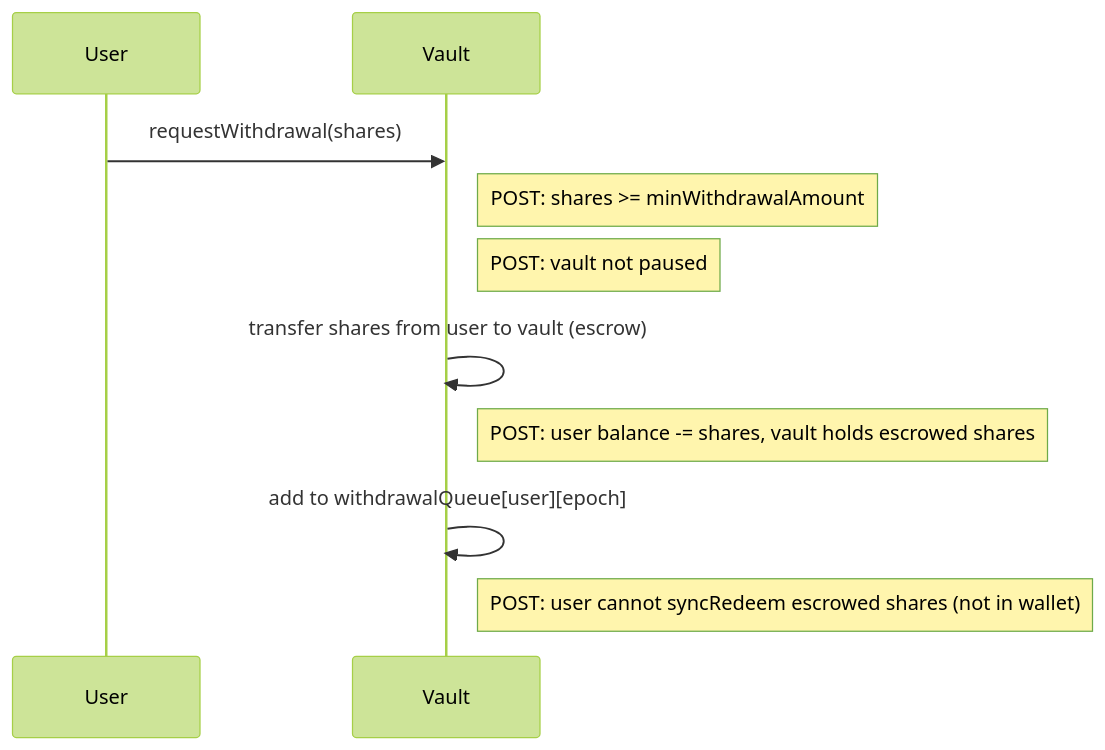
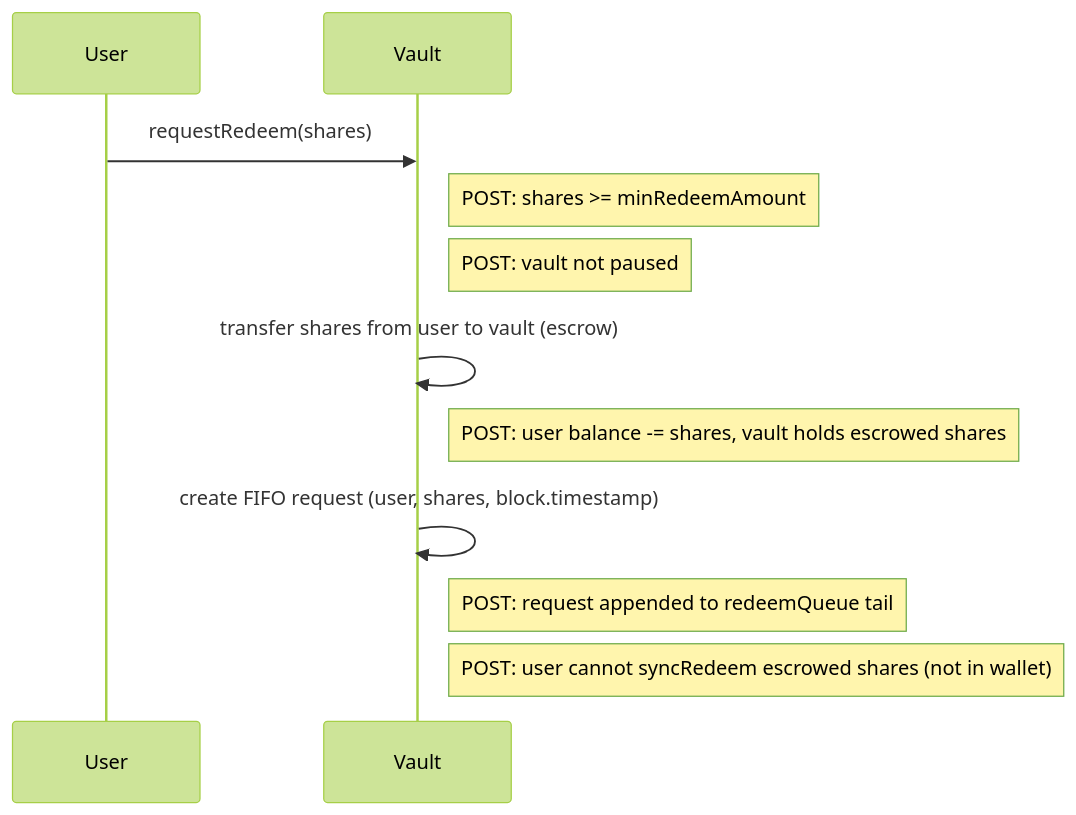
One commit to evgenynacu/leverage-vaults changed the fourth of 17 diagrams in docs/architecture/call-diagrams.md. Above: the diagram before and after it, drawn with Mermaid (forest theme). The commit also changed other lines of this file and 10 other files, not shown here.

````diff
--- a/docs/architecture/call-diagrams.md
+++ b/docs/architecture/call-diagrams.md
@@ -62,10 +65,11 @@
 ```mermaid
 sequenceDiagram
-    User->>Vault: requestWithdrawal(shares)
-    note right of Vault: POST: shares >= minWithdrawalAmount
+    User->>Vault: requestRedeem(shares)
+    note right of Vault: POST: shares >= minRedeemAmount
     note right of Vault: POST: vault not paused
     Vault->>Vault: transfer shares from user to vault (escrow)
     note right of Vault: POST: user balance -= shares, vault holds escrowed shares
-    Vault->>Vault: add to withdrawalQueue[user][epoch]
+    Vault->>Vault: create FIFO request (user, shares, block.timestamp)
+    note right of Vault: POST: request appended to redeemQueue tail
     note right of Vault: POST: user cannot syncRedeem escrowed shares (not in wallet)
 ```
````
